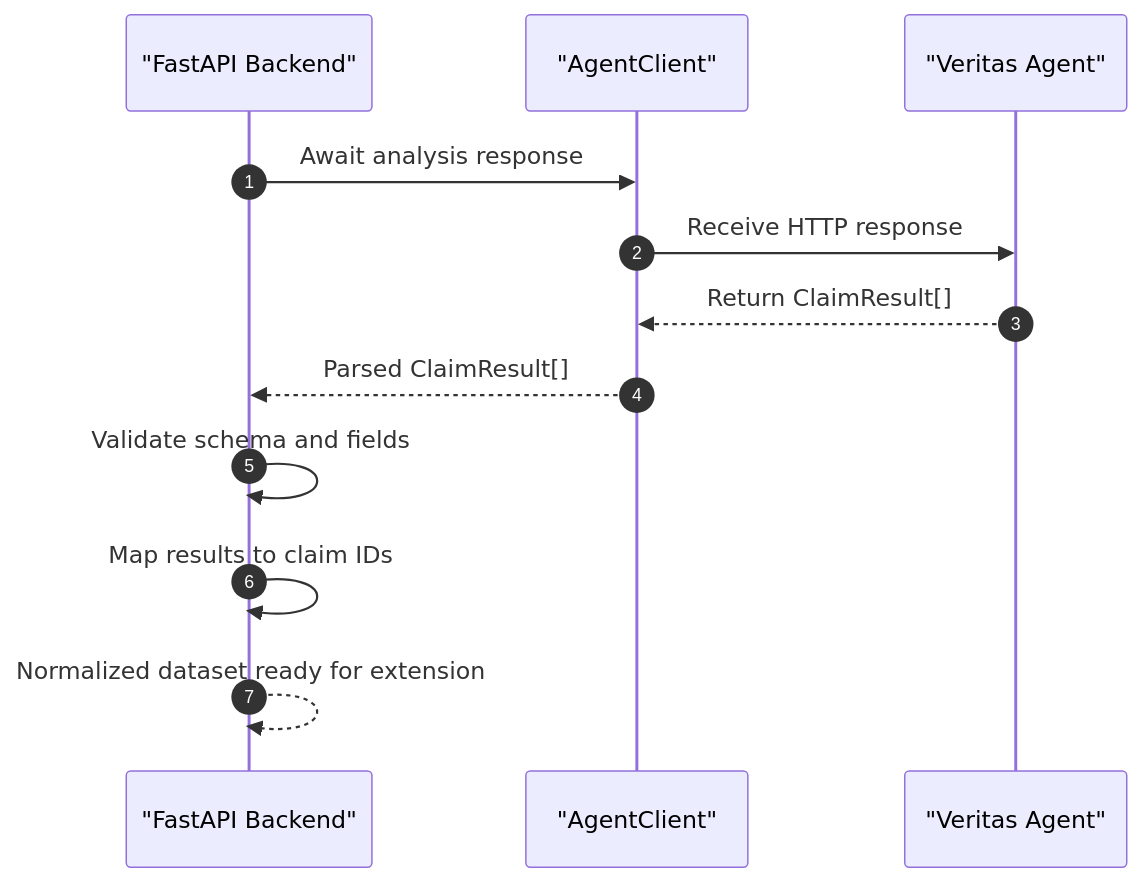
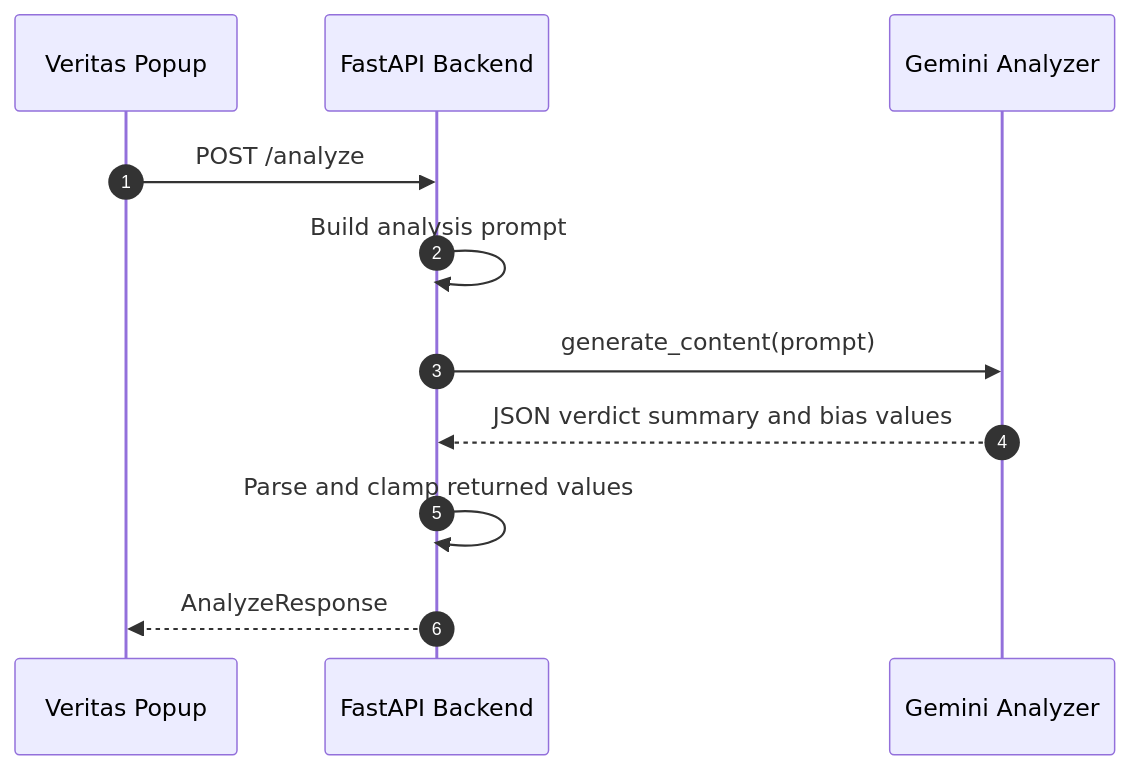
One commit to FastMartini/Veritas changed the eighth of 9 diagrams in docs/README.md. Above: the diagram before and after it, drawn with Mermaid. The commit also changed other lines of this file, not shown here.

Commit message:
Revise README to reflect political leaning analysis focus

````diff
--- a/docs/README.md
+++ b/docs/README.md
@@ -707,15 +461,14 @@
 ```mermaid
 sequenceDiagram
     autonumber
-    participant Backend as "FastAPI Backend"
-    participant AgentClient as "AgentClient"
-    participant Agent as "Veritas Agent"
+    participant Popup as Veritas Popup
+    participant Backend as FastAPI Backend
+    participant Gemini as Gemini Analyzer
 
-    Backend->>AgentClient: Await analysis response
-    AgentClient->>Agent: Receive HTTP response
-    Agent-->>AgentClient: Return ClaimResult[]
-    AgentClient-->>Backend: Parsed ClaimResult[]
-    Backend->>Backend: Validate schema and fields
-    Backend->>Backend: Map results to claim IDs
-    Backend-->>Backend: Normalized dataset ready for extension
+    Popup->>Backend: POST /analyze
+    Backend->>Backend: Build analysis prompt
+    Backend->>Gemini: generate_content(prompt)
+    Gemini-->>Backend: JSON verdict summary and bias values
+    Backend->>Backend: Parse and clamp returned values
+    Backend-->>Popup: AnalyzeResponse
 ```
````
